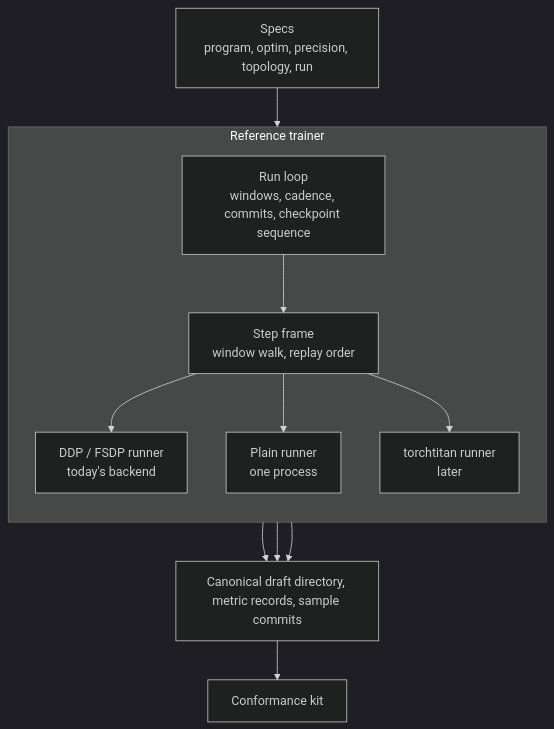
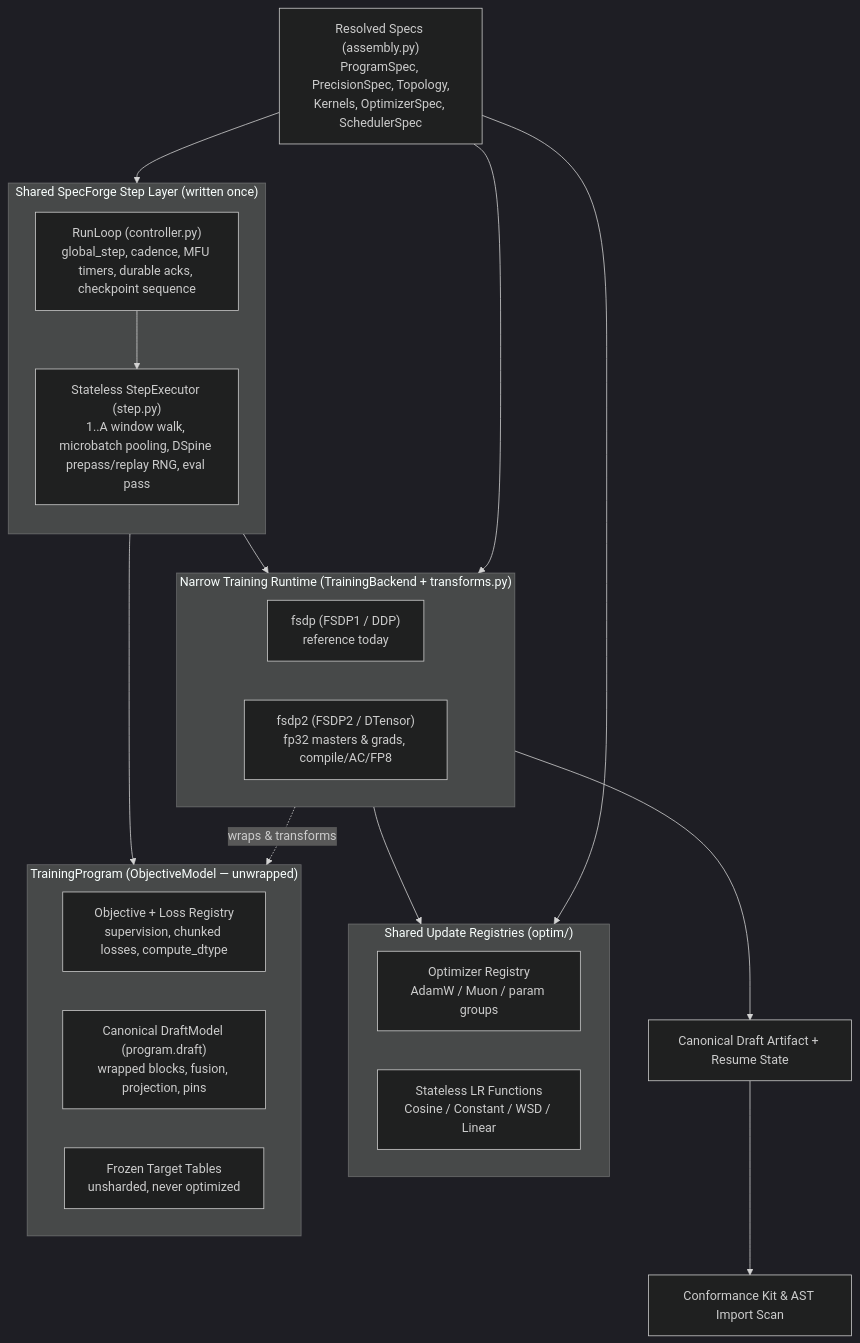
The diagram in specforge/training/BACKENDS.md (sgl-project/SpecForge), drawn with Mermaid (dark theme) before and after one commit. The commit also changed other lines of this file and 1 other file, not shown here.

First line of the commit message:
docs: revise backend design for FSDP2 runtime, narrow seam, single-owner state, and registries

````diff
--- a/specforge/training/BACKENDS.md
+++ b/specforge/training/BACKENDS.md
@@ -97,20 +142,38 @@
 ```mermaid
 flowchart TB
-  SPEC["Specs<br/>program, optim, precision, topology, run"]
-  subgraph REF["Reference trainer"]
+  SPEC["Resolved Specs (assembly.py)<br/>ProgramSpec, PrecisionSpec, Topology,<br/>Kernels, OptimizerSpec, SchedulerSpec"]
+  subgraph ORCH["Shared SpecForge Step Layer (written once)"]
     direction TB
-    LOOP["Run loop<br/>windows, cadence, commits, checkpoint sequence"]
-    FRAME["Step frame<br/>window walk, replay order"]
-    LOOP --> FRAME
-    FRAME --> FSDP["DDP / FSDP runner<br/>today's backend"]
-    FRAME --> PLAIN["Plain runner<br/>one process"]
-    FRAME --> TITAN["torchtitan runner<br/>later"]
+    LOOP["RunLoop (controller.py)<br/>global_step, cadence, MFU timers, durable acks, checkpoint sequence"]
+    STEP["Stateless StepExecutor (step.py)<br/>1..A window walk, microbatch pooling, DSpine prepass/replay RNG, eval pass"]
+    LOOP --> STEP
   end
-  ART["Canonical draft directory, metric records, sample commits"]
-  KIT["Conformance kit"]
+  subgraph RT["Narrow Training Runtime (TrainingBackend + transforms.py)"]
+    direction LR
+    FSDP1["fsdp (FSDP1 / DDP)<br/>reference today"]
+    FSDP2["fsdp2 (FSDP2 / DTensor)<br/>fp32 masters & grads, compile/AC/FP8"]
+  end
+  subgraph REG["Shared Update Registries (optim/)"]
+    direction LR
+    OPT["Optimizer Registry<br/>AdamW / Muon / param groups"]
+    LRS["Stateless LR Functions<br/>Cosine / Constant / WSD / Linear"]
+  end
+  subgraph PROG["TrainingProgram (ObjectiveModel — unwrapped)"]
+    direction LR
+    OBJ["Objective + Loss Registry<br/>supervision, chunked losses, compute_dtype"]
+    DRAFT["Canonical DraftModel (program.draft)<br/>wrapped blocks, fusion, projection, pins"]
+    FROZEN["Frozen Target Tables<br/>unsharded, never optimized"]
+  end
+  ART["Canonical Draft Artifact + Resume State"]
+  KIT["Conformance Kit & AST Import Scan"]
+
   SPEC --> LOOP
-  FSDP --> ART
-  PLAIN --> ART
-  TITAN --> ART
+  SPEC --> RT
+  SPEC --> REG
+  STEP --> RT
+  RT --> REG
+  STEP --> PROG
+  RT -. "wraps & transforms" .-> DRAFT
+  RT --> ART
   ART --> KIT
 ```
````
